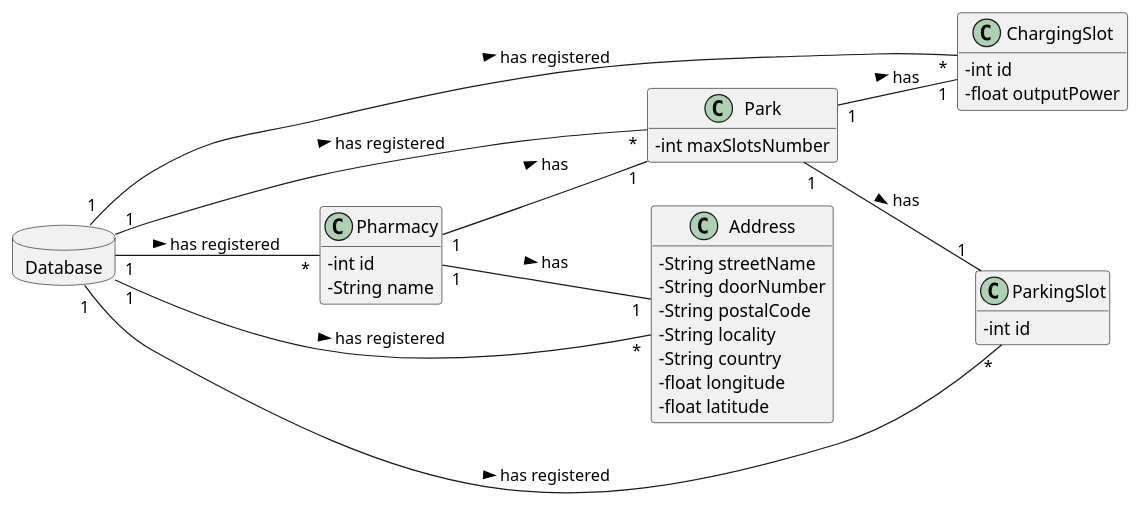
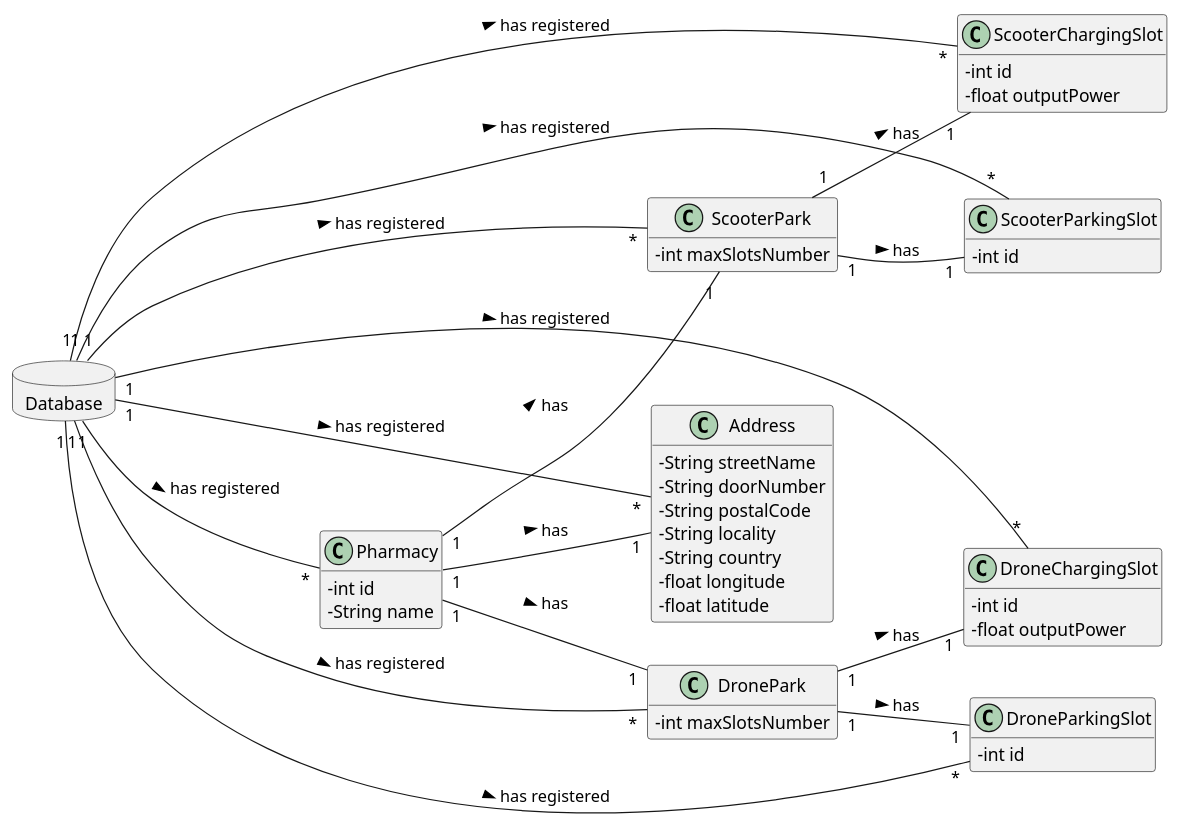
One commit to tiagoavcosta25/LAPR3 changed the diagram in docs/Iteration 2/Pharmacy Management/Refinement/US40_RegisterPhamacy/US40_DM.puml. Above: the diagram before and after it, drawn with PlantUML. The commit also changed 3 other files, not shown here.

```diff
--- a/docs/Iteration 2/Pharmacy Management/Refinement/US40_RegisterPhamacy/US40_DM.puml
+++ b/docs/Iteration 2/Pharmacy Management/Refinement/US40_RegisterPhamacy/US40_DM.puml
@@ -1,46 +1,64 @@
 @startuml
 skinparam classAttributeIconSize 0
 hide methods
 left to right direction
 
 database Database {
 }
 
 class Pharmacy{
 -   int id
 -   String name
 }
 
-class Park{
+class ScooterPark{
 -   int maxSlotsNumber
 }
 
-class ChargingSlot{
+class ScooterChargingSlot{
 -   int id
 -   float outputPower
 }
 
-class ParkingSlot{
+class ScooterParkingSlot{
 -   int id
 }
 
+class DronePark{
+-   int maxSlotsNumber
+}
+
+class DroneChargingSlot{
+-   int id
+-   float outputPower
+}
+
+class DroneParkingSlot{
+-   int id
+}
 class Address{
 -   String streetName
 -   String doorNumber
 -   String postalCode
 -   String locality
 -   String country
 -   float longitude
 -   float latitude
 }
 
 Database "1" -- "*" Pharmacy : has registered >
 Database "1" -- "*" Address : has registered >
-Database "1" -- "*" Park : has registered >
-Database "1" -- "*" ChargingSlot : has registered >
-Database "1" -- "*" ParkingSlot : has registered >
-Pharmacy "1" -- "1" Park : has >
-Park "1" -- "1" ChargingSlot : has >
-Park "1" -- "1" ParkingSlot : has >
+Database "1" -- "*" DronePark : has registered >
+Database "1" -- "*" DroneChargingSlot : has registered >
+Database "1" -- "*" DroneParkingSlot : has registered >
+Database "1" -- "*" ScooterPark : has registered >
+Database "1" -- "*" ScooterChargingSlot : has registered >
+Database "1" -- "*" ScooterParkingSlot : has registered >
+Pharmacy "1" -- "1" DronePark : has >
+DronePark "1" -- "1" DroneChargingSlot : has >
+DronePark "1" -- "1" DroneParkingSlot : has >
+Pharmacy "1" -- "1" ScooterPark : has >
+ScooterPark "1" -- "1" ScooterChargingSlot : has >
+ScooterPark "1" -- "1" ScooterParkingSlot : has >
 Pharmacy "1" -- "1" Address : has >
 @enduml
```
